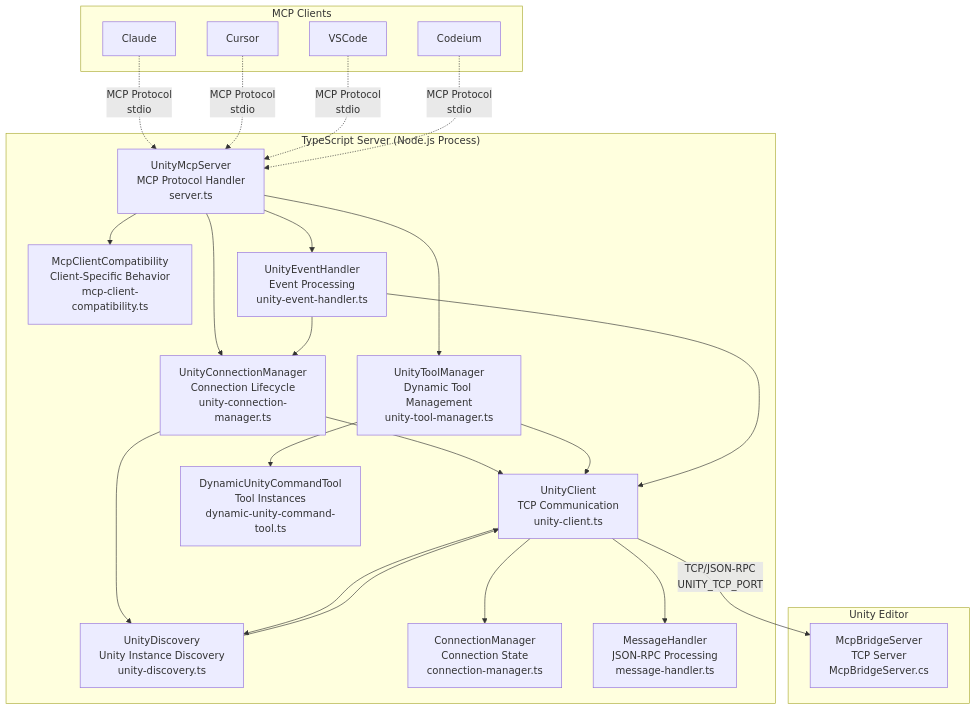
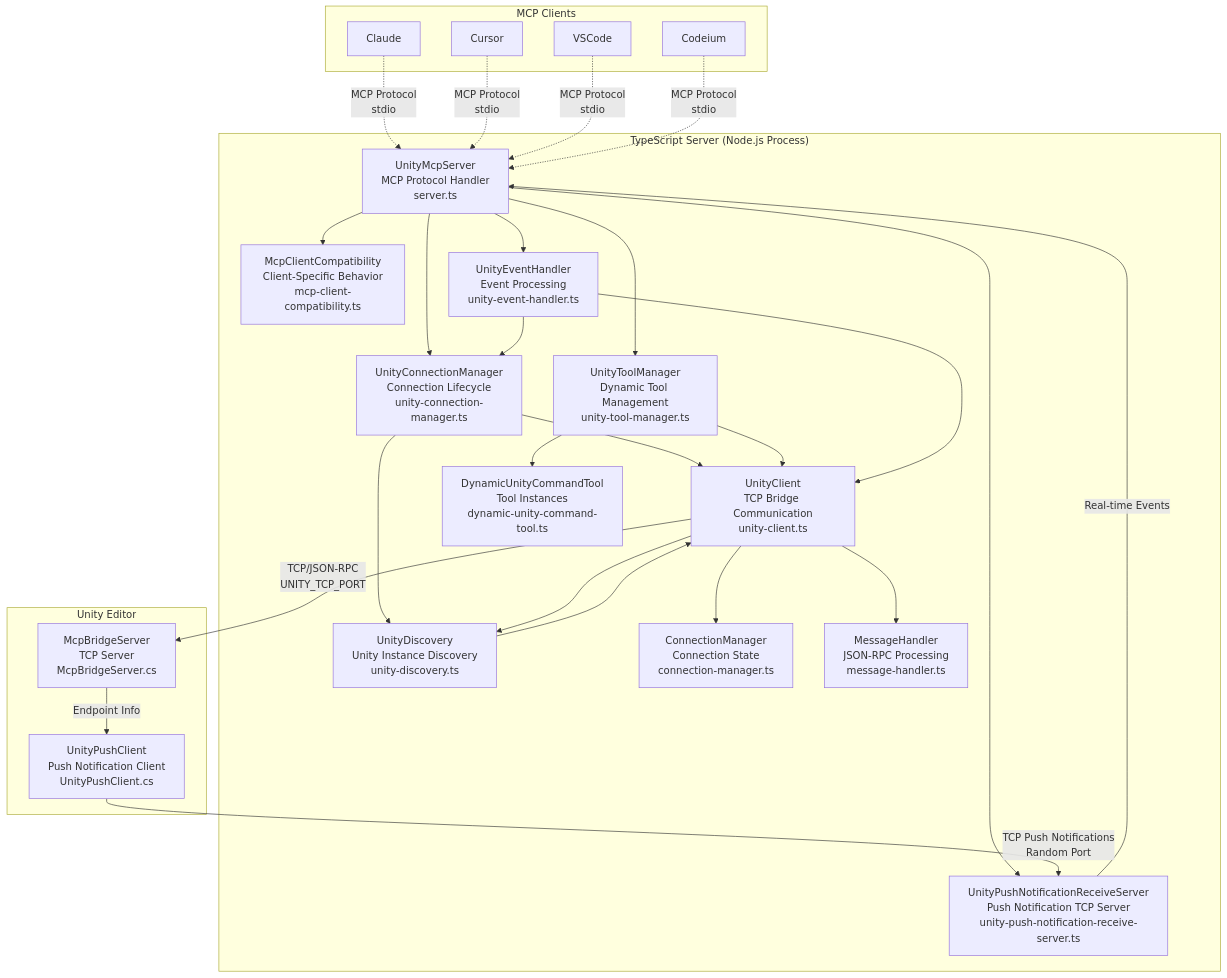
Diagram 14 of 17 in Packages/src/ARCHITECTURE.md (hatayama/uLoopMCP), drawn with Mermaid before and after one commit. The commit also changed other lines of this file and 19 other files, not shown here.

First line of the commit message:
fix: Claude Code MCP tool recognition via push notification sync

````diff
--- a/Packages/src/ARCHITECTURE.md
+++ b/Packages/src/ARCHITECTURE.md
@@ -1083,47 +1168,53 @@
 ```mermaid
 graph TB
     subgraph "MCP Clients"
         Claude[Claude]
         Cursor[Cursor]
         VSCode[VSCode]
         Codeium[Codeium]
     end
     
     subgraph "TypeScript Server (Node.js Process)"
         MCP[UnityMcpServer<br/>MCP Protocol Handler<br/>server.ts]
         UCM[UnityConnectionManager<br/>Connection Lifecycle<br/>unity-connection-manager.ts]
         UTM[UnityToolManager<br/>Dynamic Tool Management<br/>unity-tool-manager.ts]
         MCC[McpClientCompatibility<br/>Client-Specific Behavior<br/>mcp-client-compatibility.ts]
         UEH[UnityEventHandler<br/>Event Processing<br/>unity-event-handler.ts]
-        UC[UnityClient<br/>TCP Communication<br/>unity-client.ts]
+        UC[UnityClient<br/>TCP Bridge Communication<br/>unity-client.ts]
         UD[UnityDiscovery<br/>Unity Instance Discovery<br/>unity-discovery.ts]
         CM[ConnectionManager<br/>Connection State<br/>connection-manager.ts]
         MH[MessageHandler<br/>JSON-RPC Processing<br/>message-handler.ts]
+        PNS[UnityPushNotificationReceiveServer<br/>Push Notification TCP Server<br/>unity-push-notification-receive-server.ts]
         Tools[DynamicUnityCommandTool<br/>Tool Instances<br/>dynamic-unity-command-tool.ts]
     end
     
     subgraph "Unity Editor"
         Bridge[McpBridgeServer<br/>TCP Server<br/>McpBridgeServer.cs]
+        PushClient[UnityPushClient<br/>Push Notification Client<br/>UnityPushClient.cs]
     end
     
     Claude -.->|MCP Protocol<br/>stdio| MCP
     Cursor -.->|MCP Protocol<br/>stdio| MCP
     VSCode -.->|MCP Protocol<br/>stdio| MCP
     Codeium -.->|MCP Protocol<br/>stdio| MCP
     
     MCP --> UCM
     MCP --> UTM
     MCP --> MCC
     MCP --> UEH
+    MCP --> PNS
     UCM --> UC
     UCM --> UD
     UTM --> UC
     UTM --> Tools
     UEH --> UC
     UEH --> UCM
     UC --> CM
     UC --> MH
     UC --> UD
     UD --> UC
     UC -->|TCP/JSON-RPC<br/>UNITY_TCP_PORT| Bridge
+    PushClient -->|TCP Push Notifications<br/>Random Port| PNS
+    PNS -->|Real-time Events| MCP
+    Bridge -->|Endpoint Info| PushClient
 ```
````
